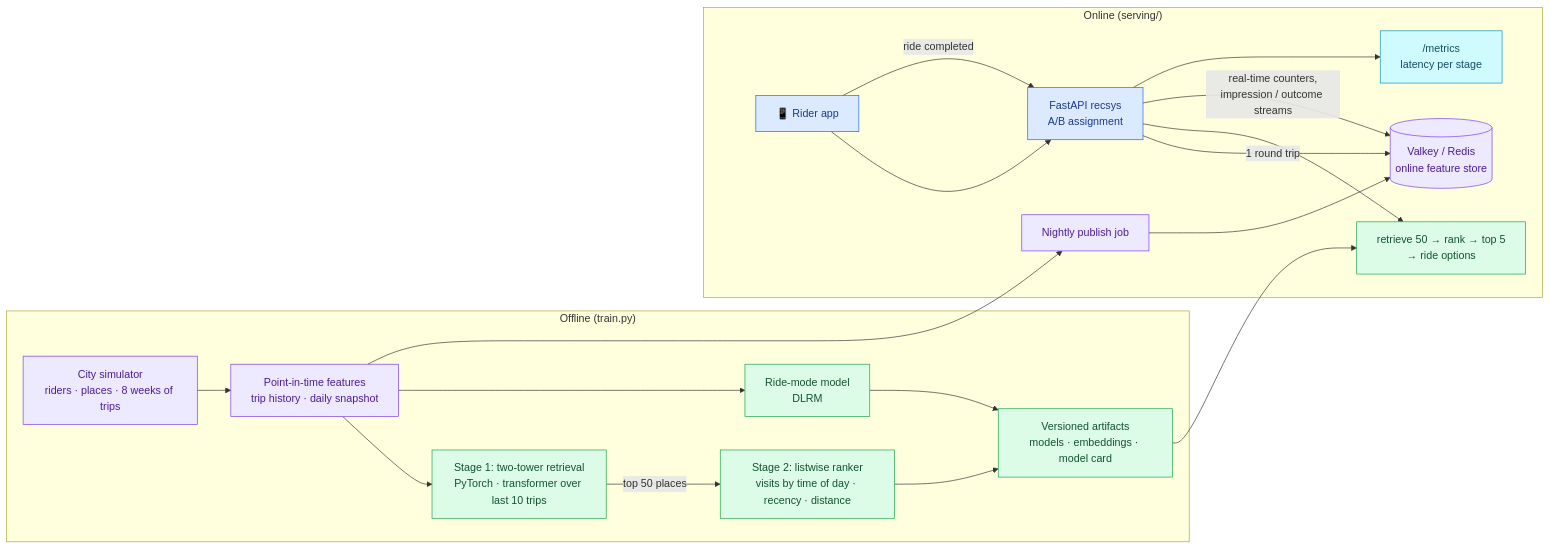
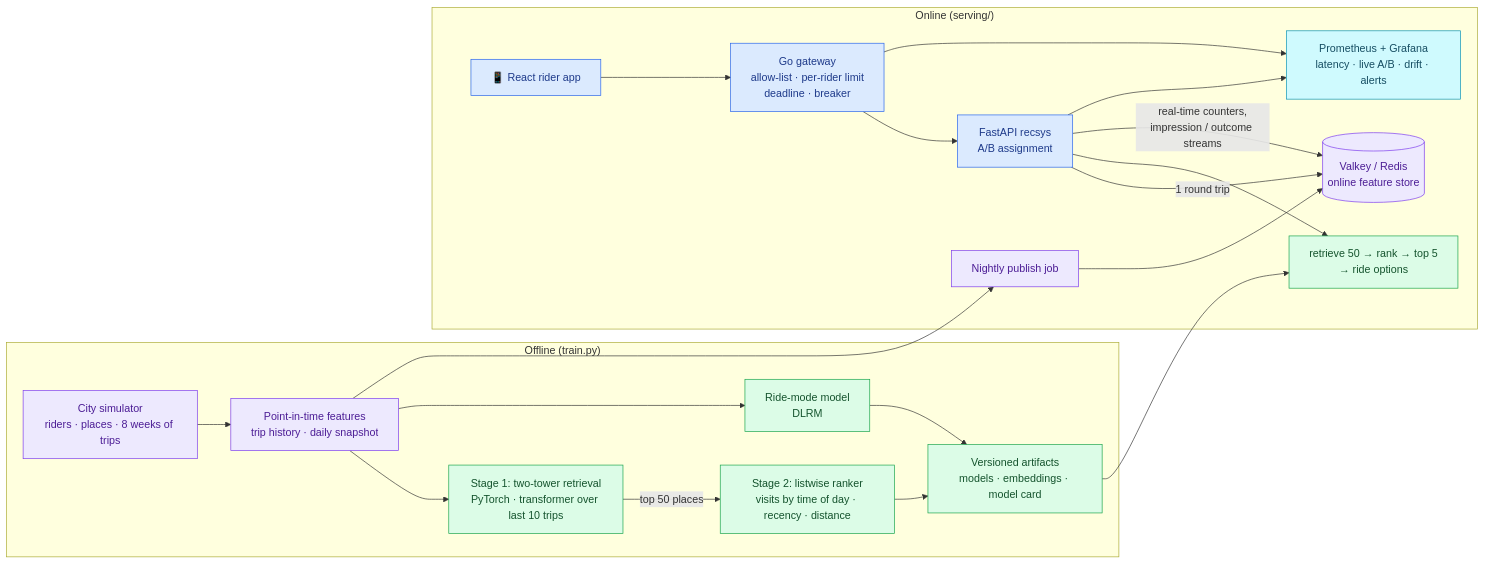
The diagram in README.md (mthatipamula/ride-sharing-ai-recommendations), drawn with Mermaid before and after one commit. The commit also changed other lines of this file and 33 other files, not shown here.

Commit message:
Rider app: Go gateway, React app, Prometheus/Grafana monitoring, drift checks, live replay

````diff
--- a/README.md
+++ b/README.md
@@ -56,32 +63,32 @@
 ```mermaid
 flowchart LR
     subgraph OFFLINE["Offline (train.py)"]
         SIM["City simulator<br/>riders · places · 8 weeks of trips"] --> FE["Point-in-time features<br/>trip history · daily snapshot"]
         FE --> TT["Stage 1: two-tower retrieval<br/>PyTorch · transformer over last 10 trips"]
         TT -- "top 50 places" --> RK["Stage 2: listwise ranker<br/>visits by time of day · recency · distance"]
         FE --> RM["Ride-mode model<br/>DLRM"]
         RK & RM --> REG["Versioned artifacts<br/>models · embeddings · model card"]
     end
 
     subgraph ONLINE["Online (serving/)"]
         PUB["Nightly publish job"] --> VK[("Valkey / Redis<br/>online feature store")]
-        APP["📱 Rider app"] --> API["FastAPI recsys<br/>A/B assignment"]
+        APP["📱 React rider app"] --> GW["Go gateway<br/>allow-list · per-rider limit<br/>deadline · breaker"]
+        GW --> API["FastAPI recsys<br/>A/B assignment"]
         API -- "1 round trip" --> VK
         API --> INF["retrieve 50 → rank → top 5<br/>→ ride options"]
-        APP -- "ride completed" --> API
         API -- "real-time counters,<br/>impression / outcome streams" --> VK
-        API --> PROM["/metrics<br/>latency per stage"]
+        API & GW --> PROM["Prometheus + Grafana<br/>latency · live A/B · drift · alerts"]
     end
 
     REG --> INF
     FE --> PUB
 
     classDef data fill:#ede9fe,stroke:#7c3aed,color:#4c1d95
     classDef model fill:#dcfce7,stroke:#16a34a,color:#14532d
     classDef serve fill:#dbeafe,stroke:#2563eb,color:#1e3a8a
     classDef obs fill:#cffafe,stroke:#0891b2,color:#164e63
     class SIM,FE,VK,PUB data
     class TT,RK,RM,REG,INF model
-    class APP,API serve
+    class APP,GW,API serve
     class PROM obs
 ```
````
